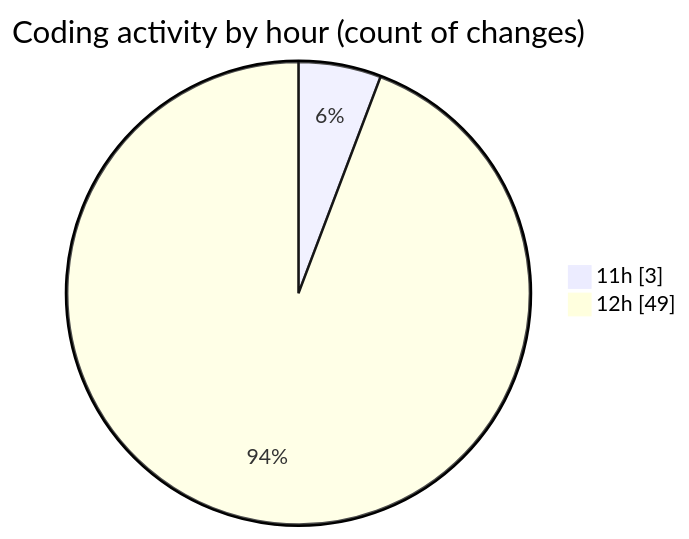
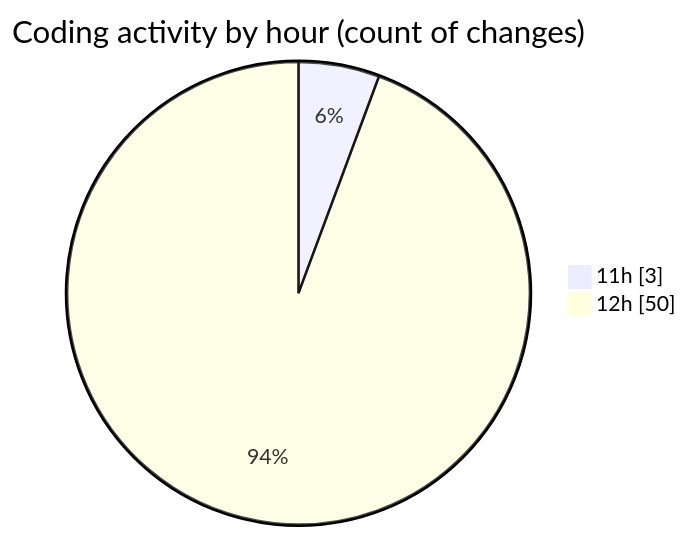
One commit to nxtqubesakshisongat/code-tracking changed the second of 2 diagrams in 2025-11-03/nxtqube_webapp/README.md. Above: the diagram before and after it, drawn with Mermaid. The commit also changed other lines of this file and 1 other file, not shown here.

````diff
--- a/2025-11-03/nxtqube_webapp/README.md
+++ b/2025-11-03/nxtqube_webapp/README.md
@@ -37,6 +37,6 @@
 ```mermaid
 pie showData
 title Coding activity by hour (count of changes)
 "11h" : 3
-"12h" : 49
+"12h" : 50
 ```
````
